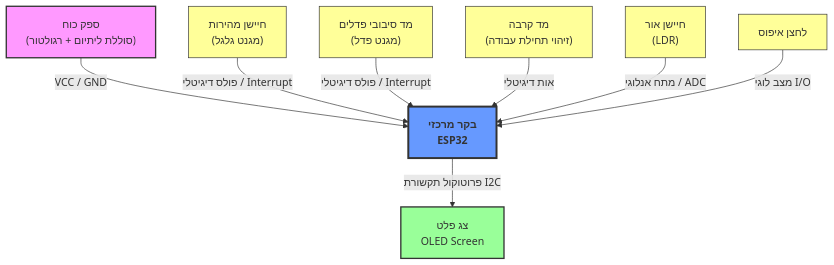
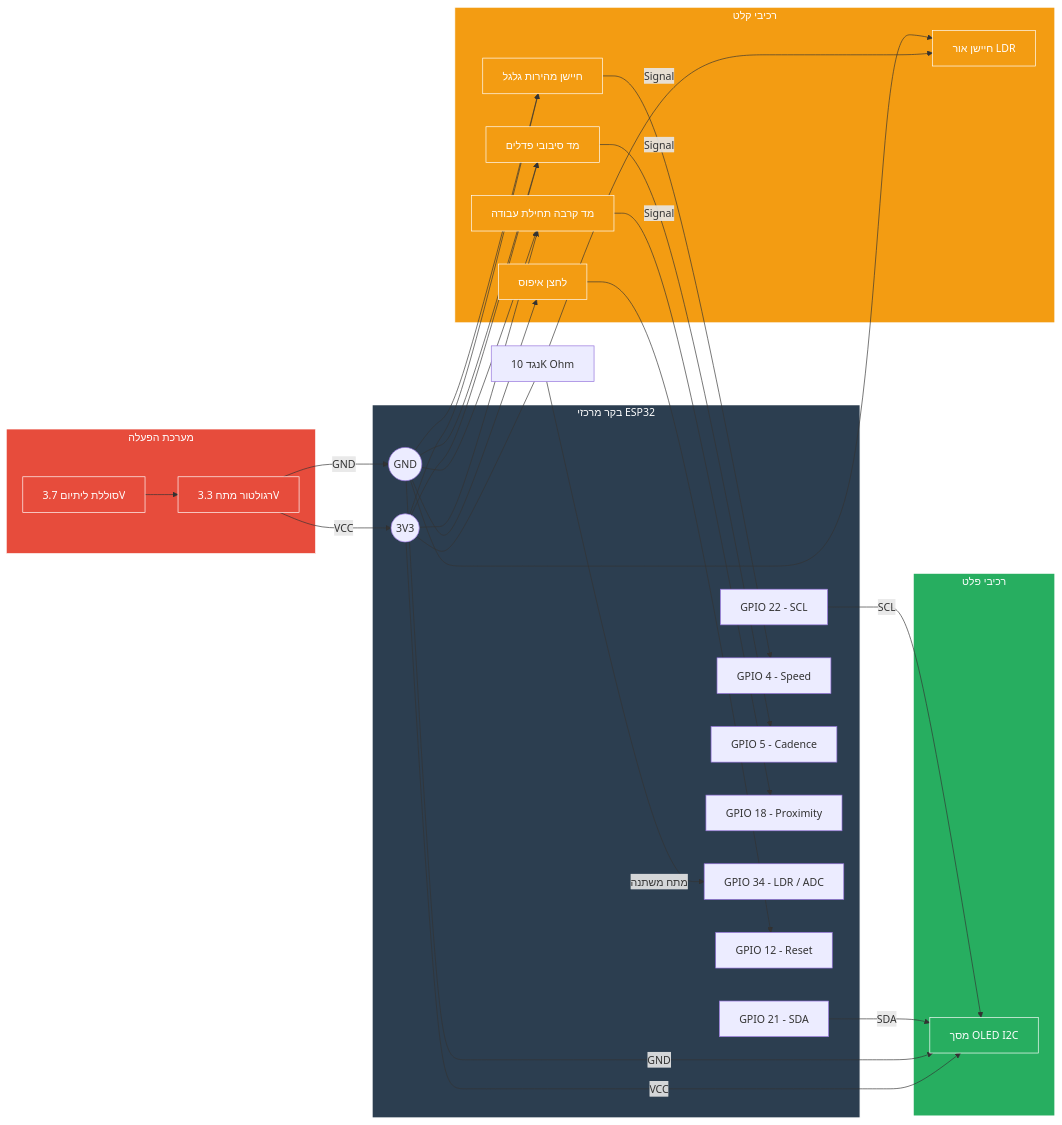
One commit to nirblade/bacicle_computer changed the diagram in README.md. Above: the diagram before and after it, drawn with Mermaid.

````diff
--- a/README.md
+++ b/README.md
@@ -3,41 +3,72 @@
 ```mermaid
-graph TD
-    %% הגדרת עיצובים ותיבות
-    Power["ספק כוח<br>(סוללת ליתיום + רגולטור)"]
-    ESP32["בקר מרכזי<br>ESP32"]
+graph LR
+    subgraph ESP32_Pinout [בקר מרכזי ESP32]
+        3V3((3V3))
+        GND((GND))
+        G21[GPIO 21 - SDA]
+        G22[GPIO 22 - SCL]
+        G4[GPIO 4 - Speed]
+        G5[GPIO 5 - Cadence]
+        G18[GPIO 18 - Proximity]
+        G34[GPIO 34 - LDR / ADC]
+        G12[GPIO 12 - Reset]
+    end
+
+    subgraph Power [מערכת הפעלה]
+        Bat[סוללת ליתיום 3.7V] --> Reg[רגולטור מתח 3.3V]
+        Reg -->|VCC| 3V3
+        Reg -->|GND| GND
+    end
+
+    subgraph Inputs [רכיבי קלט]
+        S_Speed[חיישן מהירות גלגל]
+        S_Cadence[מד סיבובי פדלים]
+        S_Prox[מד קרבה תחילת עבודה]
+        S_LDR[חיישן אור LDR]
+        Btn_Reset[לחצן איפוס]
+    end
+
+    subgraph Outputs [רכיבי פלט]
+        Disp_OLED[מסך OLED I2C]
+    end
+
+    %% חיבורי מסך
+    3V3 ----> |VCC| Disp_OLED
+    GND ----> |GND| Disp_OLED
+    G21 --> |SDA| Disp_OLED
+    G22 --> |SCL| Disp_OLED
+
+    %% חיבורי חיישנים דיגיטליים
+    S_Speed -->|Signal| G4
+    3V3 --> S_Speed
+    GND --> S_Speed
+
+    S_Cadence -->|Signal| G5
+    3V3 --> S_Cadence
+    GND --> S_Cadence
+
+    S_Prox -->|Signal| G18
+    3V3 --> S_Prox
+    GND --> S_Prox
+
+    %% חיבור חיישן אנלוגי עם נגד משוך
+    3V3 --- Resistor[נגד 10K Ohm] ---> S_LDR
+    Resistor --> |מתח משתנה| G34
+    GND --> S_LDR
+
+    %% חיבור לחצן איפוס
+    Btn_Reset --> G12
+    GND --> Btn_Reset
     
-    %% רכיבי קלט
-    In_Speed["חיישן מהירות<br>(מגנט גלגל)"]
-    In_Cadence["מד סיבובי פדלים<br>(מגנט פדל)"]
-    In_Proximity["מד קרבה<br>(זיהוי תחילת עבודה)"]
-    In_LDR["חיישן אור<br>(LDR)"]
-    In_Button["לחצן איפוס"]
+    %% עיצוב ויזואלי
+    classDef esp fill:#2c3e50,stroke:#fff,stroke-width:2px,color:#fff;
+    classDef pwr fill:#e74c3c,stroke:#fff,stroke-width:1px,color:#fff;
+    classDef inp fill:#f39c12,stroke:#fff,stroke-width:1px,color:#fff;
+    classDef out fill:#27ae60,stroke:#fff,stroke-width:1px,color:#fff;
     
-    %% רכיבי פלט
-    Out_OLED["צג פלט<br>OLED Screen"]
-
-    %% חיבורי מתח מהספק
-    Power -->|VCC / GND| ESP32
-
-    %% חיבורי קלט לבקר
-    In_Speed -->|פולס דיגיטלי / Interrupt| ESP32
-    In_Cadence -->|פולס דיגיטלי / Interrupt| ESP32
-    In_Proximity -->|אות דיגיטלי| ESP32
-    In_LDR -->|מתח אנלוגי / ADC| ESP32
-    In_Button -->|מצב לוגי I/O| ESP32
-
-    %% חיבורי פלט מהבקר
-    ESP32 -->|פרוטוקול תקשורת I2C| Out_OLED
-
-    %% עיצוב ויזואלי בצבעים
-    classDef power fill:#f9f,stroke:#333,stroke-width:2px;
-    classDef mcu fill:#69f,stroke:#333,stroke-width:3px,font-weight:bold;
-    classDef input fill:#ff9,stroke:#333,stroke-width:1px;
-    classDef output fill:#9f9,stroke:#333,stroke-width:2px;
-
-    class Power power;
-    class ESP32 mcu;
-    class In_Speed,In_Cadence,In_Proximity,In_LDR,In_Button input;
-    class Out_OLED output;
+    class ESP32_Pinout esp;
+    class Power,Bat,Reg pwr;
+    class Inputs,S_Speed,S_Cadence,S_Prox,S_LDR,Btn_Reset inp;
+    class Outputs,Disp_OLED out;
 
 ```
````
